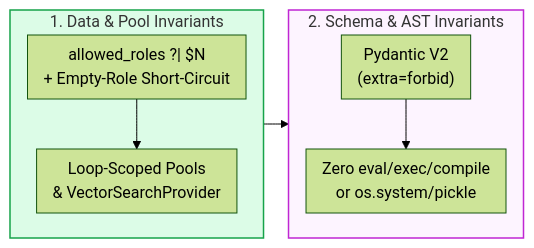
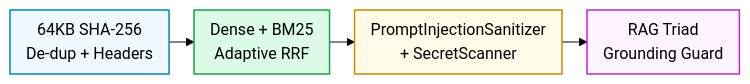
The fourth of 6 diagrams in README.md (Kenono2000/enterprise-rag-pgvector-rbac), drawn with Mermaid (forest theme) before and after one commit. The commit also changed other lines of this file, not shown here.

````diff
--- a/README.md
+++ b/README.md
@@ -248,15 +75,9 @@
 ```mermaid
 %%{init: {'flowchart': {'nodeSpacing': 15, 'rankSpacing': 25, 'padding': 8}}}%%
 flowchart LR
-    subgraph DBInv ["1. Data &amp; Pool Invariants"]
-        direction TB
-        SQL["allowed_roles ?| $N<br/>+ Empty-Role Short-Circuit"] --> Pool["Loop-Scoped Pools<br/>&amp; VectorSearchProvider"]
-    end
-    subgraph SecInv ["2. Schema &amp; AST Invariants"]
-        direction TB
-        Pyd["Pydantic V2<br/>(extra=forbid)"] --> AST["Zero eval/exec/compile<br/>or os.system/pickle"]
-    end
-    DBInv --> SecInv
-    style DBInv fill:#dcfce7,stroke:#16a34a,stroke-width:1.5px
-    style SecInv fill:#fdf4ff,stroke:#c026d3,stroke-width:1.5px
+    Ing["64KB SHA-256<br/>De-dup + Headers"] --> Ret["Dense + BM25<br/>Adaptive RRF"] --> Fence["PromptInjectionSanitizer<br/>+ SecretScanner"] --> Triad["RAG Triad<br/>Grounding Guard"]
+    style Ing fill:#f0f9ff,stroke:#0284c7,stroke-width:1.5px
+    style Ret fill:#dcfce7,stroke:#16a34a,stroke-width:1.5px
+    style Fence fill:#fefce8,stroke:#ca8a04,stroke-width:1.5px
+    style Triad fill:#fdf4ff,stroke:#c026d3,stroke-width:1.5px
 ```
````
